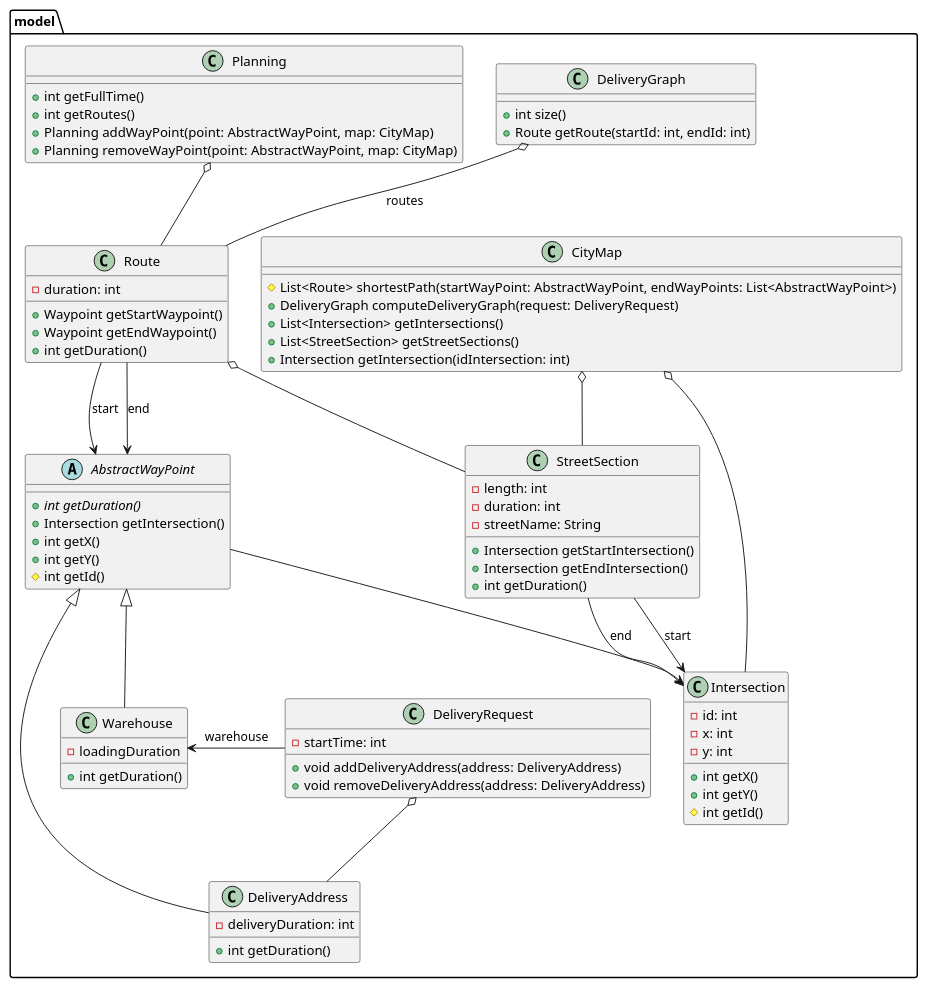
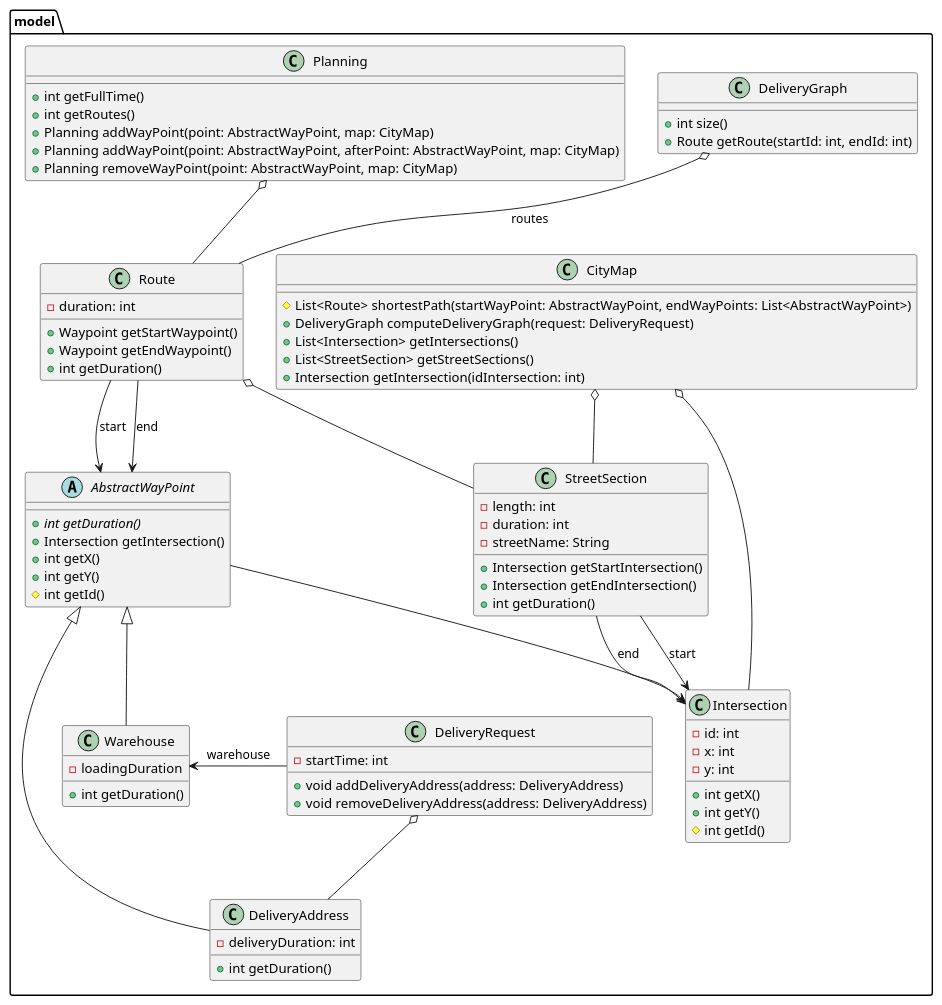
The diagram in docs/uml/package.model.puml (if-h4102/pld-agile), drawn with PlantUML before and after one commit. The commit also changed 1 other file, not shown here.

```diff
--- a/docs/uml/package.model.puml
+++ b/docs/uml/package.model.puml
@@ -1,91 +1,92 @@
 @startuml
 
 package model {
     class CityMap {
        #List<Route> shortestPath(startWayPoint: AbstractWayPoint, endWayPoints: List<AbstractWayPoint>)
        +DeliveryGraph computeDeliveryGraph(request: DeliveryRequest)
        +List<Intersection> getIntersections()
        +List<StreetSection> getStreetSections()
        +Intersection getIntersection(idIntersection: int)
     }
 
     class DeliveryGraph {
         +int size()
         +Route getRoute(startId: int, endId: int)
     }
 
     class StreetSection {
         -length: int
         -duration: int
         -streetName: String
         +Intersection getStartIntersection()
         +Intersection getEndIntersection()
         +int getDuration()
     }
 
     class Intersection {
         -id: int
         -x: int
         -y: int
         +int getX()
         +int getY()
         #int getId()
     }
 
     abstract class AbstractWayPoint {
         +{abstract} int getDuration()
         +Intersection getIntersection()
         +int getX()
         +int getY()
         #int getId()
     }
 
     class DeliveryAddress {
         -deliveryDuration: int
         +int getDuration()
     }
 
     class Warehouse {
         -loadingDuration
         +int getDuration()
     }
 
     class DeliveryRequest {
         -startTime: int
         +void addDeliveryAddress(address: DeliveryAddress)
         +void removeDeliveryAddress(address: DeliveryAddress)
     }
 
     class Planning {
         +int getFullTime()
         +int getRoutes()
         +Planning addWayPoint(point: AbstractWayPoint, map: CityMap)
+        +Planning addWayPoint(point: AbstractWayPoint, afterPoint: AbstractWayPoint, map: CityMap)
         +Planning removeWayPoint(point: AbstractWayPoint, map: CityMap)
     }
 
     class Route {
         -duration: int
         +Waypoint getStartWaypoint()
         +Waypoint getEndWaypoint()
         +int getDuration()
     }
 
     CityMap o-- StreetSection
     CityMap o-- Intersection
     AbstractWayPoint --> Intersection
     StreetSection --> Intersection : end
     StreetSection --> Intersection : start
     Route o-- StreetSection
     Route --> AbstractWayPoint : end
     Route --> AbstractWayPoint : start
     AbstractWayPoint <|-- DeliveryAddress
     AbstractWayPoint <|-- Warehouse
     DeliveryRequest o-- DeliveryAddress
     DeliveryRequest -left-> Warehouse : warehouse
     DeliveryGraph o-- Route : routes
     Planning o-- Route
 }
 
 
 
 @enduml
```
